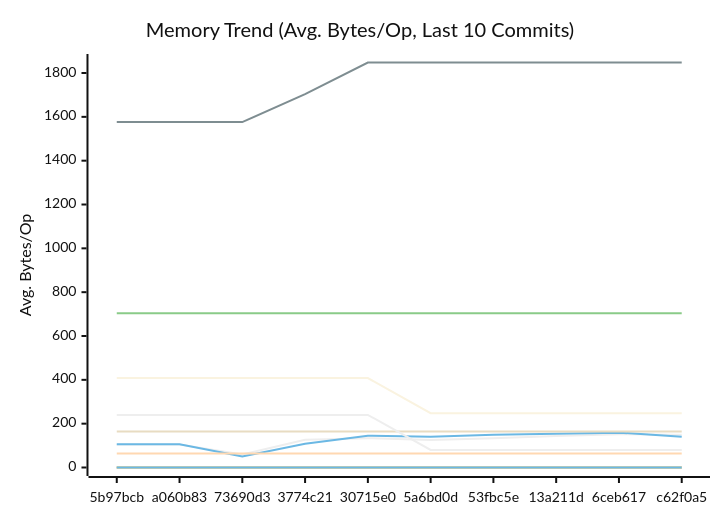
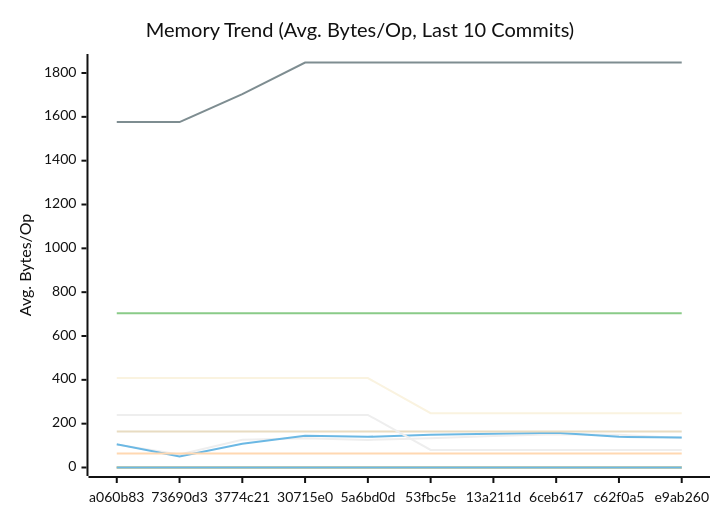
Before and after one commit to alsotoes/momo: the second of 3 diagrams in docs/PERFORMANCE.md, drawn with Mermaid (neutral theme). The commit also changed other lines of this file and 3 other files, not shown here.

````diff
--- a/docs/PERFORMANCE.md
+++ b/docs/PERFORMANCE.md
@@ -171,20 +171,20 @@
 ```mermaid
 xychart-beta
     title "Memory Trend (Avg. Bytes/Op, Last 10 Commits)"
     x-axis "Commit"
     y-axis "Avg. Bytes/Op"
-    x-axis [5b97bcb,a060b83,73690d3,3774c21,30715e0,5a6bd0d,53fbc5e,13a211d,6ceb617,c62f0a5]
-    line "AWSChunkedReaderSigned" [105,105,59,127,134,126,133,144,152,149]
-    line "AWSChunkedReaderUnsigned" [106,106,50,108,145,140,149,154,159,140]
+    x-axis [a060b83,73690d3,3774c21,30715e0,5a6bd0d,53fbc5e,13a211d,6ceb617,c62f0a5,e9ab260]
+    line "AWSChunkedReaderSigned" [105,59,127,134,126,133,144,152,149,135]
+    line "AWSChunkedReaderUnsigned" [106,50,108,145,140,149,154,159,140,137]
     line "CheckMetricsAndSwap" [0,0,0,0,0,0,0,0,0,0]
     line "CrushOptimized" [0,0,0,0,0,0,0,0,0,0]
     line "CrushOriginal" [164,164,164,164,164,164,164,164,164,164]
     line "IndexDirectTracking" [0,0,0,0,0,0,0,0,0,0]
     line "IndexSearch" [0,0,0,0,0,0,0,0,0,0]
-    line "LoadGlobalConfig" [1576,1576,1576,1704,1848,1848,1848,1848,1848,1848]
+    line "LoadGlobalConfig" [1576,1576,1704,1848,1848,1848,1848,1848,1848,1848]
     line "PadString" [64,64,64,64,64,64,64,64,64,64]
     line "ParseReplicationOrder_NoPrealloc" [408,408,408,408,408,248,248,248,248,248]
     line "ParseReplicationOrder_Prealloc" [240,240,240,240,240,80,80,80,80,80]
     line "SanitizeLog/Safe" [0,0,0,0,0,0,0,0,0,0]
     line "SanitizeLog/Unsafe" [704,704,704,704,704,704,704,704,704,704]
 ```
````
